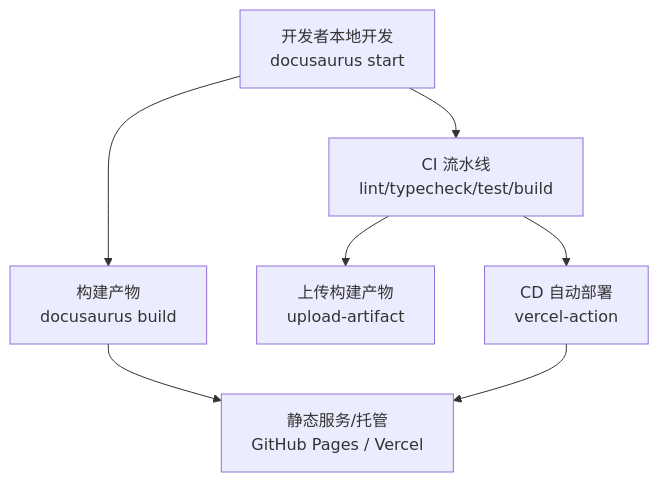
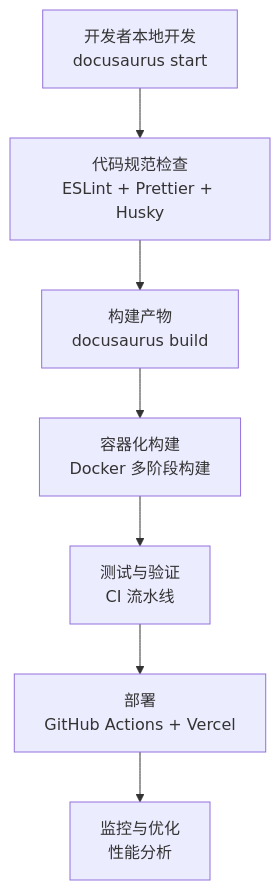
The second of 11 diagrams in .qoder/repowiki/zh/content/工程化实践/工程化实践.md (UnicornXU/knowledge-base), drawn with Mermaid before and after one commit. The commit also changed other lines of this file and 7 other files, not shown here.

````diff
--- a/.qoder/repowiki/zh/content/工程化实践/工程化实践.md
+++ b/.qoder/repowiki/zh/content/工程化实践/工程化实践.md
@@ -78,9 +95,9 @@
 ```mermaid
 graph TB
-Dev["开发者本地开发<br/>docusaurus start"] --> Build["构建产物<br/>docusaurus build"]
-Build --> Serve["静态服务/托管<br/>GitHub Pages / Vercel"]
-Dev --> CI["CI 流水线<br/>lint/typecheck/test/build"]
-CI --> Artifacts["上传构建产物<br/>upload-artifact"]
-CI --> Deploy["CD 自动部署<br/>vercel-action"]
-Deploy --> Serve
+Dev["开发者本地开发<br/>docusaurus start"] --> Code["代码规范检查<br/>ESLint + Prettier + Husky"]
+Code --> Build["构建产物<br/>docusaurus build"]
+Build --> Container["容器化构建<br/>Docker 多阶段构建"]
+Container --> Test["测试与验证<br/>CI 流水线"]
+Test --> Deploy["部署<br/>GitHub Actions + Vercel"]
+Deploy --> Monitor["监控与优化<br/>性能分析"]
 ```
````
